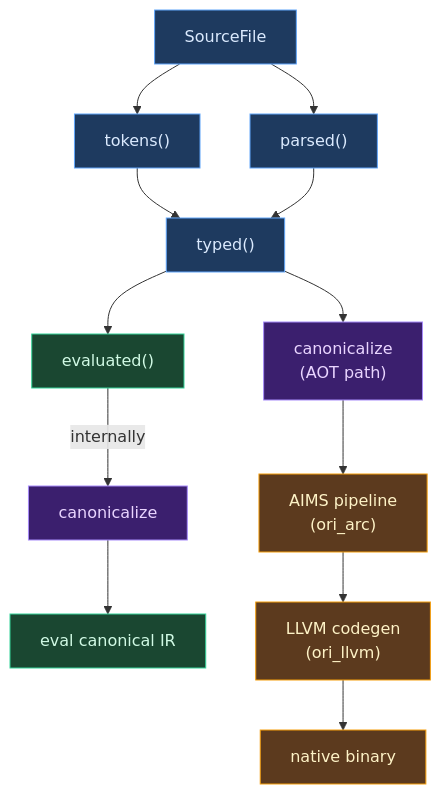
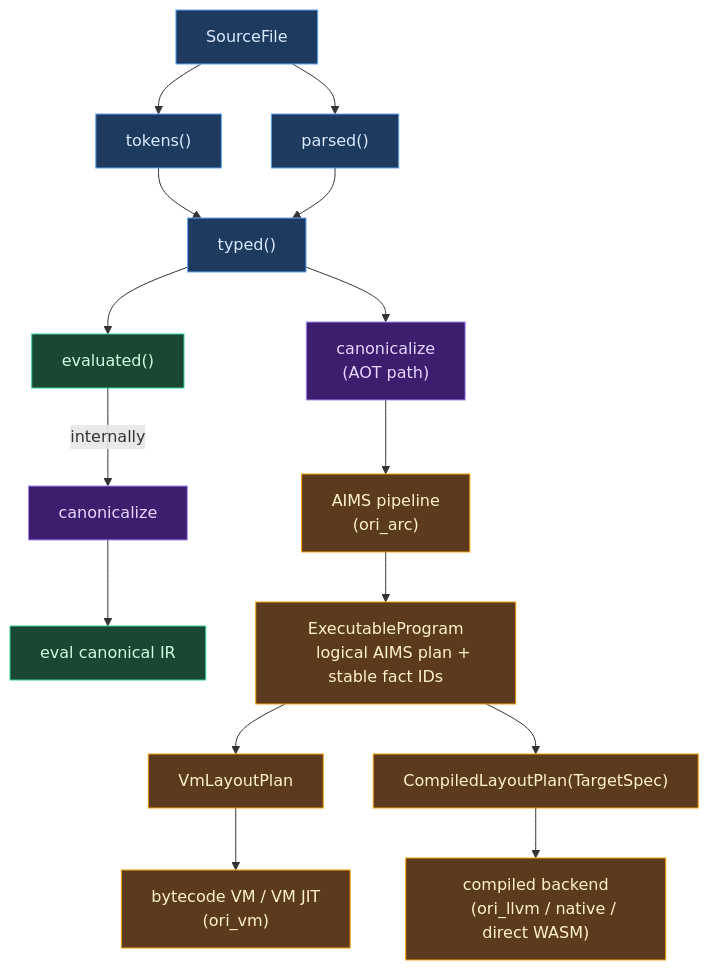
The diagram in docs/compiler/design/01-architecture/pipeline.md (upstat-io/ori-lang), drawn with Mermaid before and after one commit. The commit also changed other lines of this file and 686 other files, not shown here.

````diff
--- a/docs/compiler/design/01-architecture/pipeline.md
+++ b/docs/compiler/design/01-architecture/pipeline.md
@@ -246,27 +268,32 @@
 ```mermaid
 flowchart TB
     A["SourceFile"] --> B["tokens()"]
     A --> C["parsed()"]
     B --> D["typed()"]
     C --> D
     D --> E["evaluated()"]
     E -->|"internally"| F["canonicalize"]
     F --> G["eval canonical IR"]
     D --> H["canonicalize
     (AOT path)"]
     H --> I["AIMS pipeline
     (ori_arc)"]
-    I --> J["LLVM codegen
-    (ori_llvm)"]
-    J --> K["native binary"]
+    I --> J["ExecutableProgram
+    logical AIMS plan + stable fact IDs"]
+    J --> VP["VmLayoutPlan"]
+    J --> CP["CompiledLayoutPlan(TargetSpec)"]
+    VP --> K["bytecode VM / VM JIT
+    (ori_vm)"]
+    CP --> L["compiled backend
+    (ori_llvm / native / direct WASM)"]
 
     classDef frontend fill:#1e3a5f,stroke:#60a5fa,color:#dbeafe
     classDef canon fill:#3b1f6e,stroke:#a78bfa,color:#e9d5ff
     classDef interpreter fill:#1a4731,stroke:#34d399,color:#d1fae5
     classDef native fill:#5c3a1e,stroke:#f59e0b,color:#fef3c7
 
     class A,B,C,D frontend
     class F,H canon
     class E,G interpreter
-    class I,J,K native
+    class I,J,VP,CP,K,L native
 ```
````
